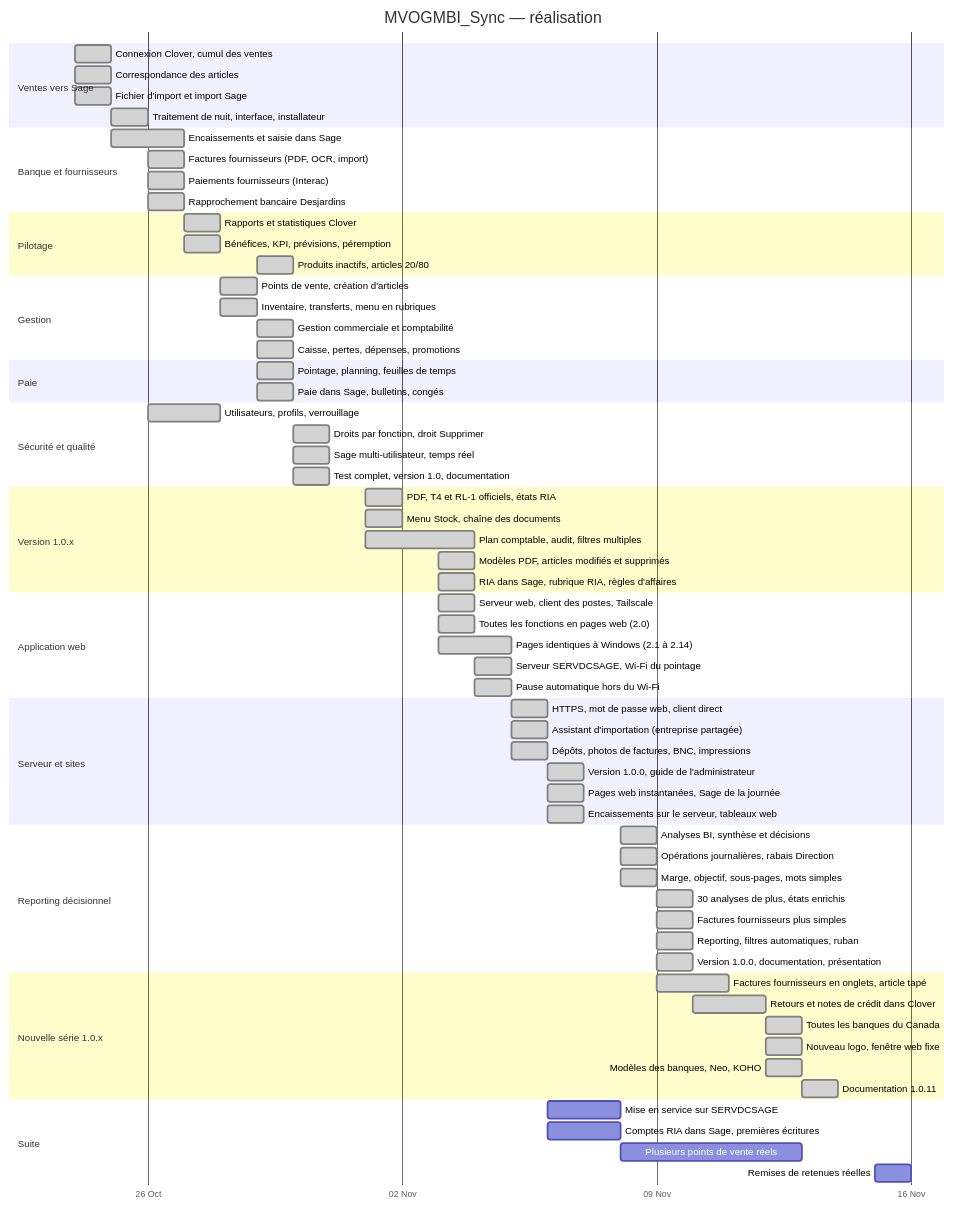
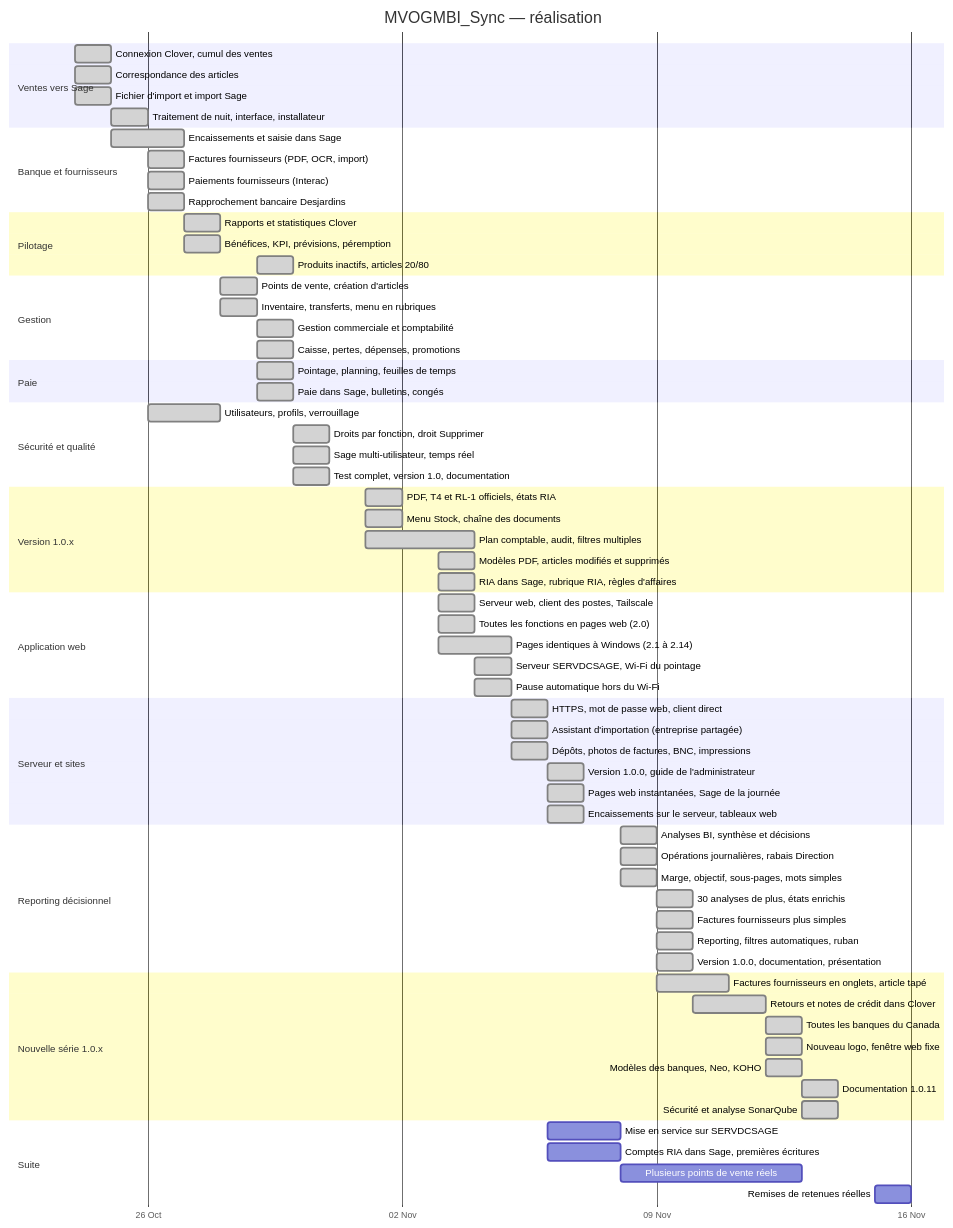
One commit to mteingueng-dot/MVOGMBI_Sync_2026.1 changed the first of 2 diagrams in documentation/PROJET.md. Above: the diagram before and after it, drawn with Mermaid. The commit also changed other lines of this file and 38 other files, not shown here.

First line of the commit message:
Version 1.0.14 : analyse SonarQube du code (0 bug, 0 vulnérabilité, notes A), tests Tk stables, documentation à jour

````diff
--- a/documentation/PROJET.md
+++ b/documentation/PROJET.md
@@ -9,74 +9,75 @@
 ```mermaid
 gantt
     title MVOGMBI_Sync — réalisation
     dateFormat YYYY-MM-DD
     axisFormat %d %b
     tickInterval 1week
     weekday monday
     section Ventes vers Sage
     Connexion Clover, cumul des ventes          :done, a1, 2026-10-24, 1d
     Correspondance des articles                 :done, a2, 2026-10-24, 1d
     Fichier d'import et import Sage             :done, a3, 2026-10-24, 1d
     Traitement de nuit, interface, installateur :done, a4, 2026-10-25, 1d
     section Banque et fournisseurs
     Encaissements et saisie dans Sage           :done, b1, 2026-10-25, 2d
     Factures fournisseurs (PDF, OCR, import)    :done, b2, 2026-10-26, 1d
     Paiements fournisseurs (Interac)            :done, b3, 2026-10-26, 1d
     Rapprochement bancaire Desjardins           :done, b4, 2026-10-26, 1d
     section Pilotage
     Rapports et statistiques Clover             :done, c1, 2026-10-27, 1d
     Bénéfices, KPI, prévisions, péremption      :done, c2, 2026-10-27, 1d
     Produits inactifs, articles 20/80           :done, c3, 2026-10-29, 1d
     section Gestion
     Points de vente, création d'articles        :done, d1, 2026-10-28, 1d
     Inventaire, transferts, menu en rubriques   :done, d2, 2026-10-28, 1d
     Gestion commerciale et comptabilité         :done, d3, 2026-10-29, 1d
     Caisse, pertes, dépenses, promotions        :done, d4, 2026-10-29, 1d
     section Paie
     Pointage, planning, feuilles de temps       :done, e1, 2026-10-29, 1d
     Paie dans Sage, bulletins, congés           :done, e2, 2026-10-29, 1d
     section Sécurité et qualité
     Utilisateurs, profils, verrouillage         :done, f1, 2026-10-26, 2d
     Droits par fonction, droit Supprimer        :done, f2, 2026-10-30, 1d
     Sage multi-utilisateur, temps réel          :done, f3, 2026-10-30, 1d
     Test complet, version 1.0, documentation    :done, f4, 2026-10-30, 1d
     section Version 1.0.x
     PDF, T4 et RL-1 officiels, états RIA        :done, h1, 2026-11-01, 1d
     Menu Stock, chaîne des documents            :done, h2, 2026-11-01, 1d
     Plan comptable, audit, filtres multiples    :done, h3, 2026-11-01, 3d
     Modèles PDF, articles modifiés et supprimés :done, h4, 2026-11-03, 1d
     RIA dans Sage, rubrique RIA, règles d'affaires :done, h5, 2026-11-03, 1d
     section Application web
     Serveur web, client des postes, Tailscale   :done, w1, 2026-11-03, 1d
     Toutes les fonctions en pages web (2.0)     :done, w2, 2026-11-03, 1d
     Pages identiques à Windows (2.1 à 2.14)     :done, w3, 2026-11-03, 2d
     Serveur SERVDCSAGE, Wi-Fi du pointage       :done, w4, 2026-11-04, 1d
     Pause automatique hors du Wi-Fi             :done, w5, 2026-11-04, 1d
     section Serveur et sites
     HTTPS, mot de passe web, client direct      :done, x1, 2026-11-05, 1d
     Assistant d'importation (entreprise partagée) :done, x2, 2026-11-05, 1d
     Dépôts, photos de factures, BNC, impressions :done, x3, 2026-11-05, 1d
     Version 1.0.0, guide de l'administrateur    :done, x4, 2026-11-06, 1d
     Pages web instantanées, Sage de la journée  :done, x5, 2026-11-06, 1d
     Encaissements sur le serveur, tableaux web  :done, x6, 2026-11-06, 1d
     section Reporting décisionnel
     Analyses BI, synthèse et décisions          :done, y1, 2026-11-08, 1d
     Opérations journalières, rabais Direction   :done, y2, 2026-11-08, 1d
     Marge, objectif, sous-pages, mots simples   :done, y3, 2026-11-08, 1d
     30 analyses de plus, états enrichis         :done, y4, 2026-11-09, 1d
     Factures fournisseurs plus simples          :done, y5, 2026-11-09, 1d
     Reporting, filtres automatiques, ruban      :done, y6, 2026-11-09, 1d
     Version 1.0.0, documentation, présentation  :done, y7, 2026-11-09, 1d
     section Nouvelle série 1.0.x
     Factures fournisseurs en onglets, article tapé :done, z1, 2026-11-09, 2d
     Retours et notes de crédit dans Clover      :done, z2, 2026-11-10, 2d
     Toutes les banques du Canada                :done, z3, 2026-11-12, 1d
     Nouveau logo, fenêtre web fixe              :done, z4, 2026-11-12, 1d
     Modèles des banques, Neo, KOHO              :done, z5, 2026-11-12, 1d
     Documentation 1.0.11                        :done, z6, 2026-11-13, 1d
+    Sécurité et analyse SonarQube               :done, z7, 2026-11-13, 1d
     section Suite
     Mise en service sur SERVDCSAGE              :g4, 2026-11-06, 2d
     Comptes RIA dans Sage, premières écritures  :g0, 2026-11-06, 2d
     Plusieurs points de vente réels             :g1, 2026-11-08, 5d
     Remises de retenues réelles                 :g2, 2026-11-15, 1d
 ```
````
